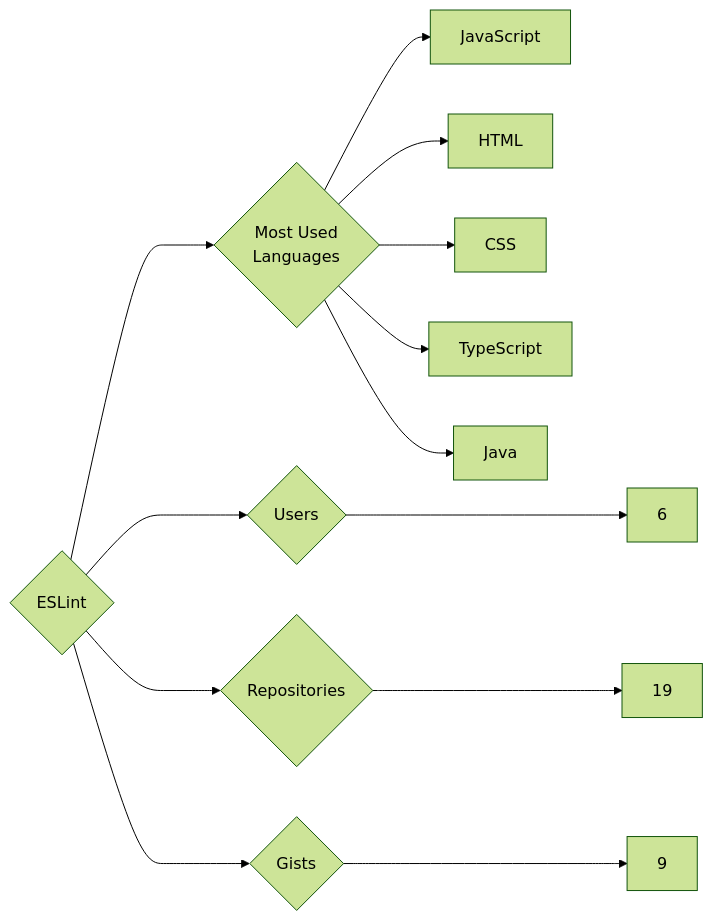
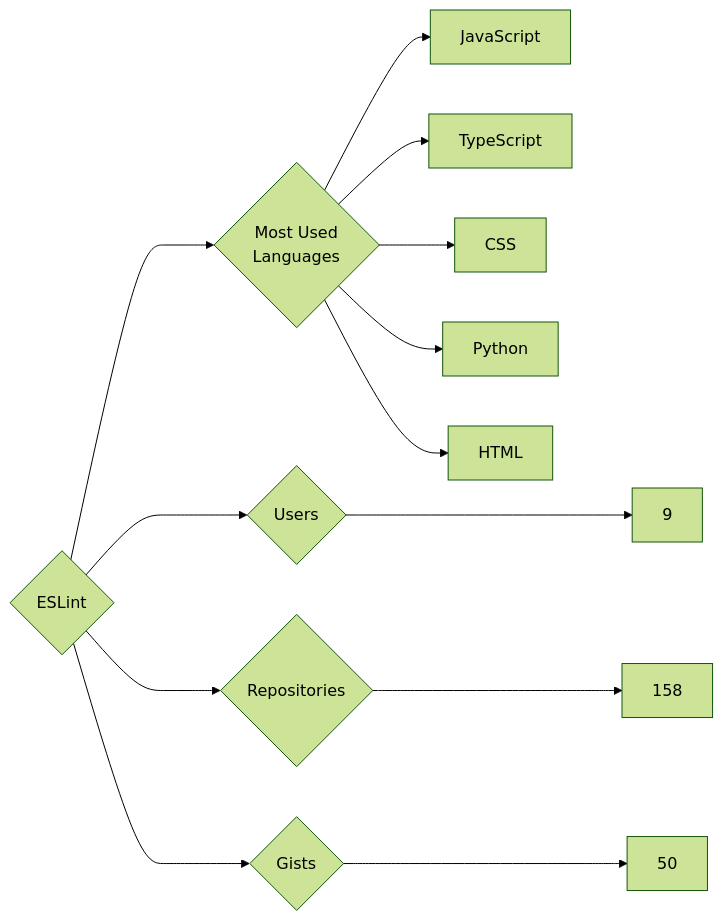
The diagram in targets/ESLint/README.md (trickest/insiders), drawn with Mermaid (forest theme) before and after one commit. The commit also changed 783 other files, not shown here.

````diff
--- a/targets/ESLint/README.md
+++ b/targets/ESLint/README.md
@@ -3,13 +3,13 @@
 ```mermaid
 graph LR
 COMPANY_NAME{ESLint}
-COMPANY_NAME ---> U{Users} ---> UN[6]
-COMPANY_NAME ---> R{Repositories} ---> RN[19]
-COMPANY_NAME ---> G{Gists} ---> GN[9]
+COMPANY_NAME ---> U{Users} ---> UN[9]
+COMPANY_NAME ---> R{Repositories} ---> RN[158]
+COMPANY_NAME ---> G{Gists} ---> GN[50]
 COMPANY_NAME ---> ML{Most Used<br>Languages}
 ML --> JavaScript[JavaScript]
+ML --> TypeScript[TypeScript]
+ML --> CSS[CSS]
+ML --> Python[Python]
 ML --> HTML[HTML]
-ML --> CSS[CSS]
-ML --> TypeScript[TypeScript]
-ML --> Java[Java]
 ```
````
